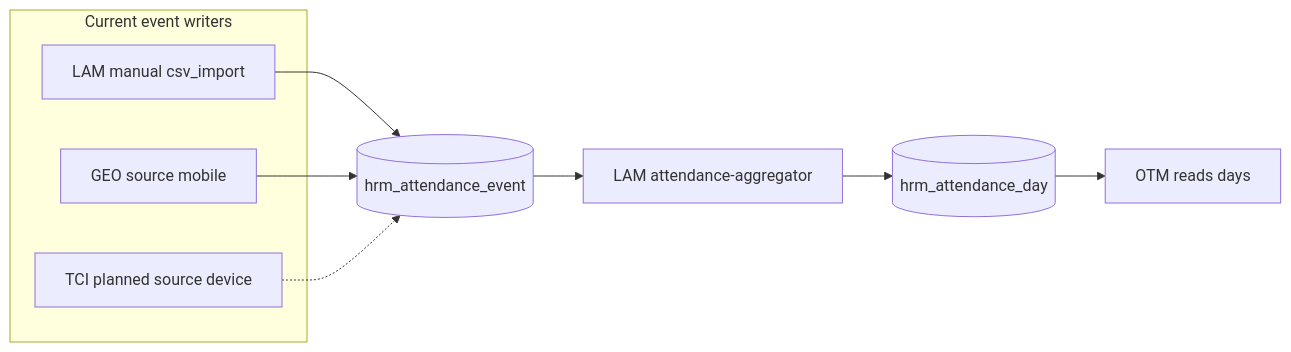
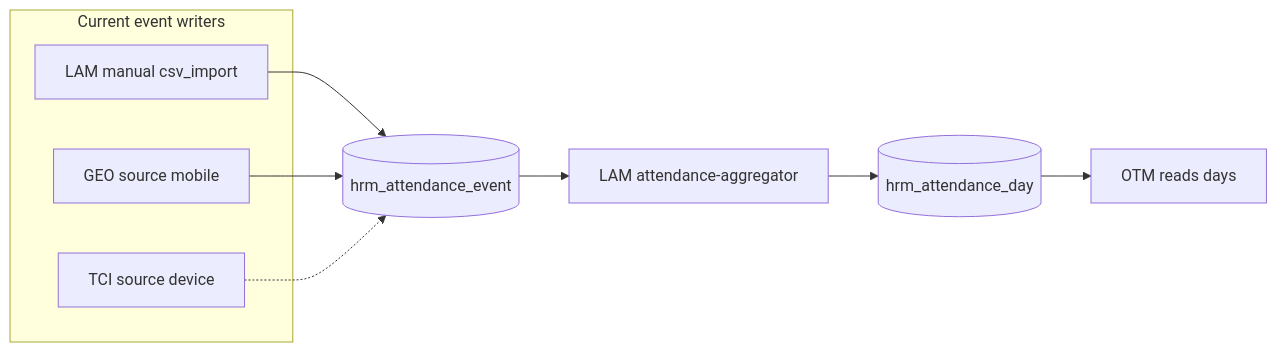
Before and after one commit to pohlai88/afenda-vercel: the diagram in docs/_draft/time-clock.md, drawn with Mermaid. The commit also changed other lines of this file and 84 other files, not shown here.

````diff
--- a/docs/_draft/time-clock.md
+++ b/docs/_draft/time-clock.md
@@ -44,17 +45,17 @@
 ```mermaid
 flowchart LR
   subgraph writers [Current event writers]
     LAM[LAM manual csv_import]
     GEO[GEO source mobile]
-    TCI[TCI planned source device]
+    TCI[TCI source device]
   end
   EVT[(hrm_attendance_event)]
   AGG[LAM attendance-aggregator]
   DAY[(hrm_attendance_day)]
   OTM[OTM reads days]
 
   LAM --> EVT
   GEO --> EVT
   TCI -.-> EVT
   EVT --> AGG --> DAY --> OTM
 ```
````
